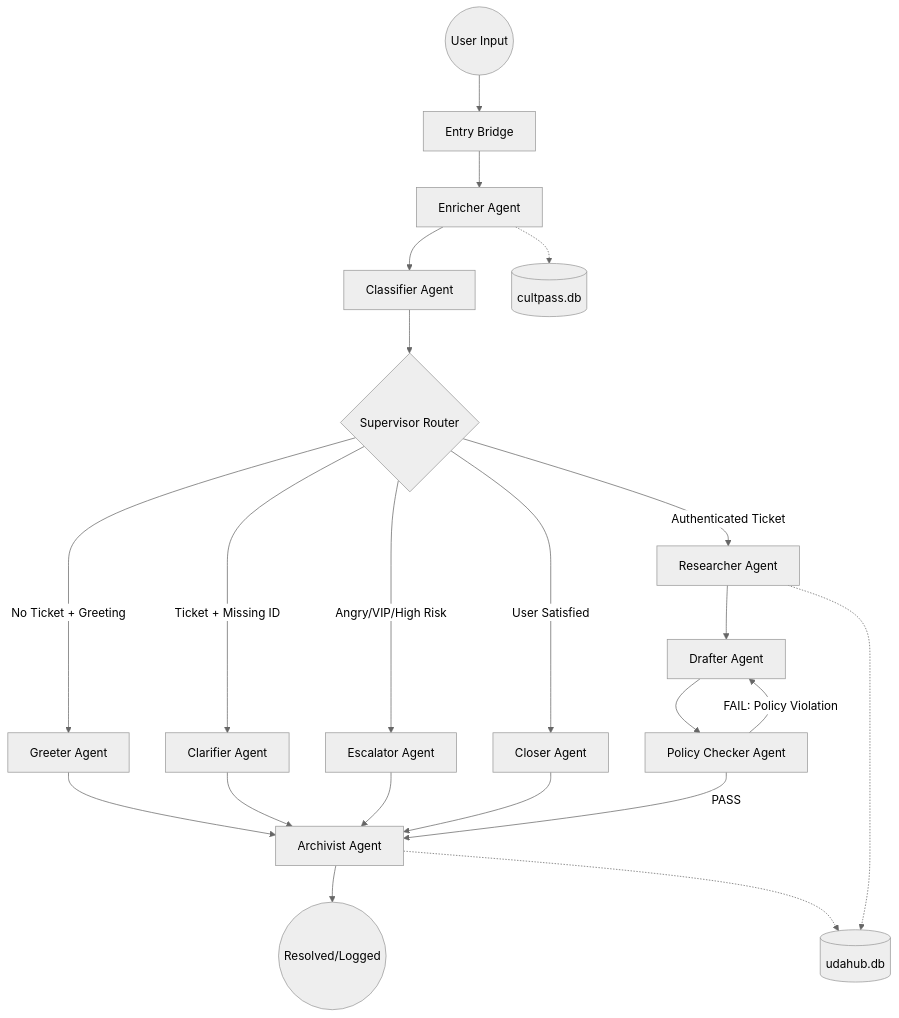
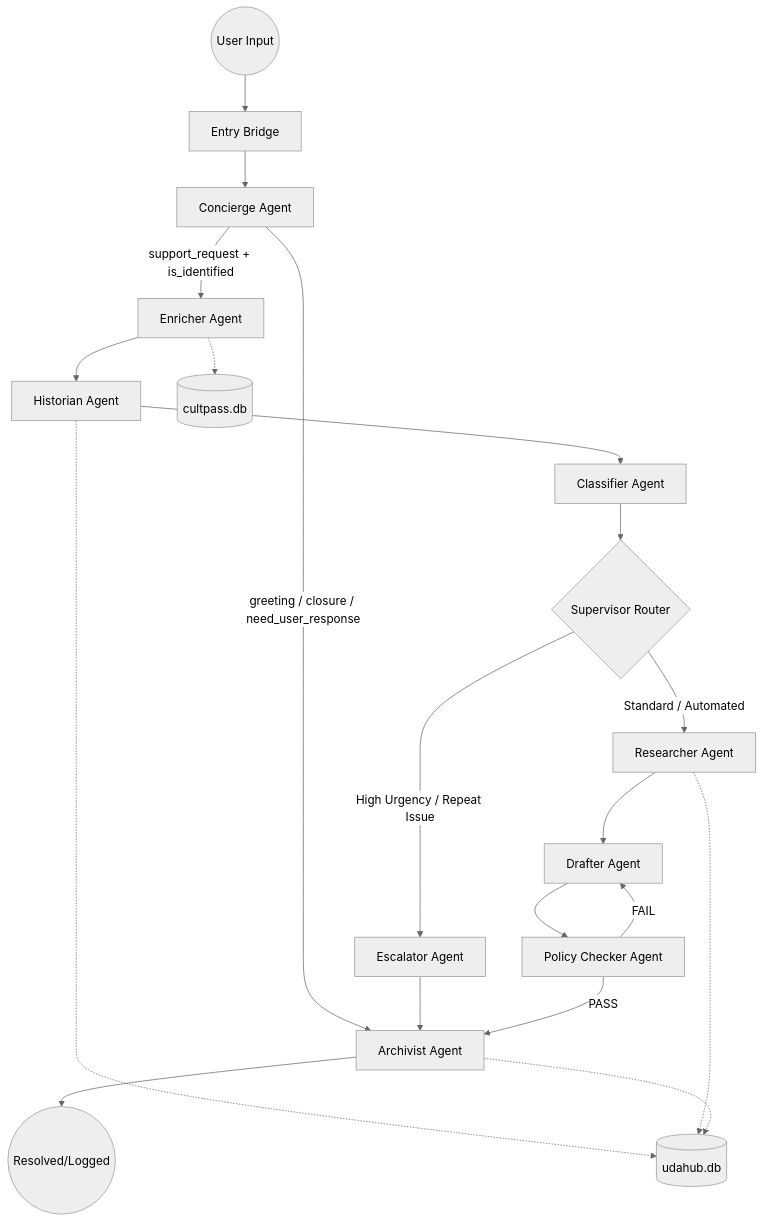
The diagram in uda_hub/agentic/design/design_and_architecture.md (hsefati/uda_hub), drawn with Mermaid (neutral theme) before and after one commit. The commit also changed other lines of this file and 14 other files, not shown here.

````diff
--- a/uda_hub/agentic/design/design_and_architecture.md
+++ b/uda_hub/agentic/design/design_and_architecture.md
@@ -11,38 +11,38 @@
 ```mermaid
 graph TD
     %% Entry Point
     Start((User Input)) --> Bridge[Entry Bridge]
-    Bridge --> Enricher[Enricher Agent]
-    Enricher --> Classifier[Classifier Agent]
+    Bridge --> Concierge[Concierge Agent]
 
-    %% Router Logic
+    %% Concierge Identity Gate
+    Concierge -- "support_request + is_identified" --> Enricher[Enricher Agent]
+    Concierge -- "greeting / closure / need_user_response" --> Archivist[Archivist Agent]
+
+    %% Authenticated Heavy Path
+    Enricher --> Historian[Historian Agent]
+    Historian --> Classifier[Classifier Agent]
+
+    %% Technical Routing
     Classifier --> Supervisor{Supervisor Router}
-
-    %% Branching Paths
-    Supervisor -- "No Ticket + Greeting" --> Greeter[Greeter Agent]
-    Supervisor -- "Ticket + Missing ID" --> Clarifier[Clarifier Agent]
-    Supervisor -- "Angry/VIP/High Risk" --> Escalator[Escalator Agent]
-    Supervisor -- "User Satisfied" --> Closer[Closer Agent]
-    Supervisor -- "Authenticated Ticket" --> Researcher[Researcher Agent]
+    Supervisor -- "Standard / Automated" --> Researcher[Researcher Agent]
+    Supervisor -- "High Urgency / Repeat Issue" --> Escalator[Escalator Agent]
 
     %% Main Automation Loop
     Researcher --> Drafter[Drafter Agent]
     Drafter --> QA[Policy Checker Agent]
 
     %% Self-Correction Loop
-    QA -- "FAIL: Policy Violation" --> Drafter
+    QA -- "FAIL" --> Drafter
 
-    %% The 'All Roads Lead to Rome' Archive Pattern
-    Greeter --> Archivist[Archivist Agent]
-    Clarifier --> Archivist
+    %% Finalization
     Escalator --> Archivist
-    Closer --> Archivist
     QA -- "PASS" --> Archivist
 
     Archivist --> End((Resolved/Logged))
 
     %% Data Connections
-    Researcher -.-> DB1[(udahub.db)]
-    Enricher -.-> DB2[(cultpass.db)]
-    Archivist -.-> DB1
+    Enricher -.-> DB_CP[(cultpass.db)]
+    Historian -.-> DB_UD[(udahub.db)]
+    Researcher -.-> DB_UD
+    Archivist -.-> DB_UD
 ```
````
